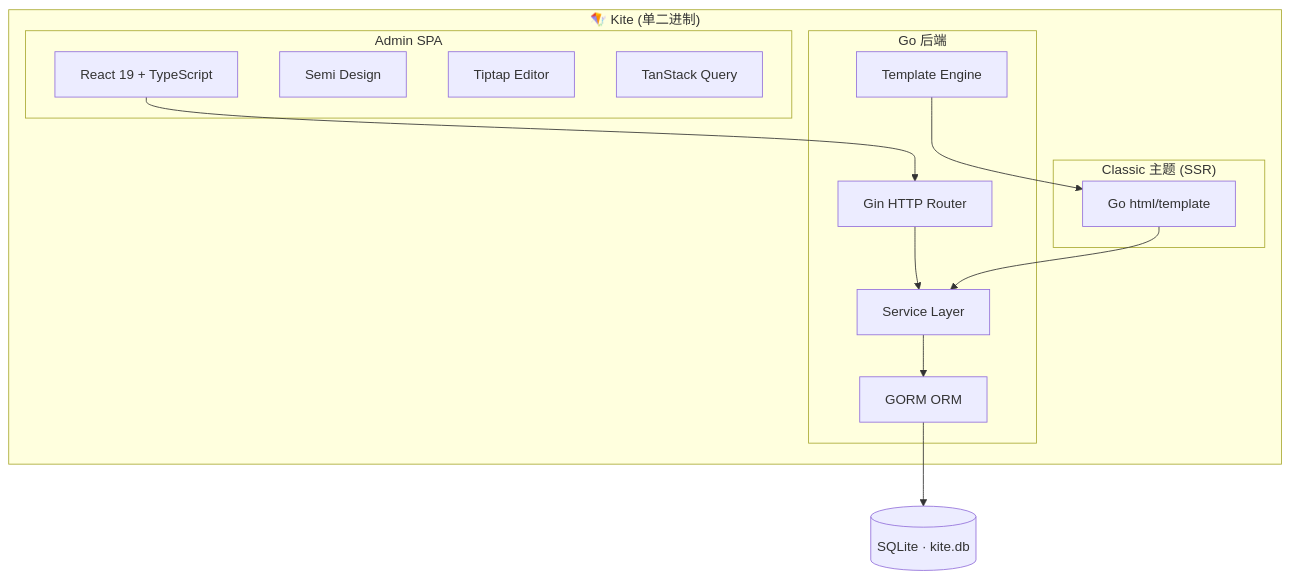
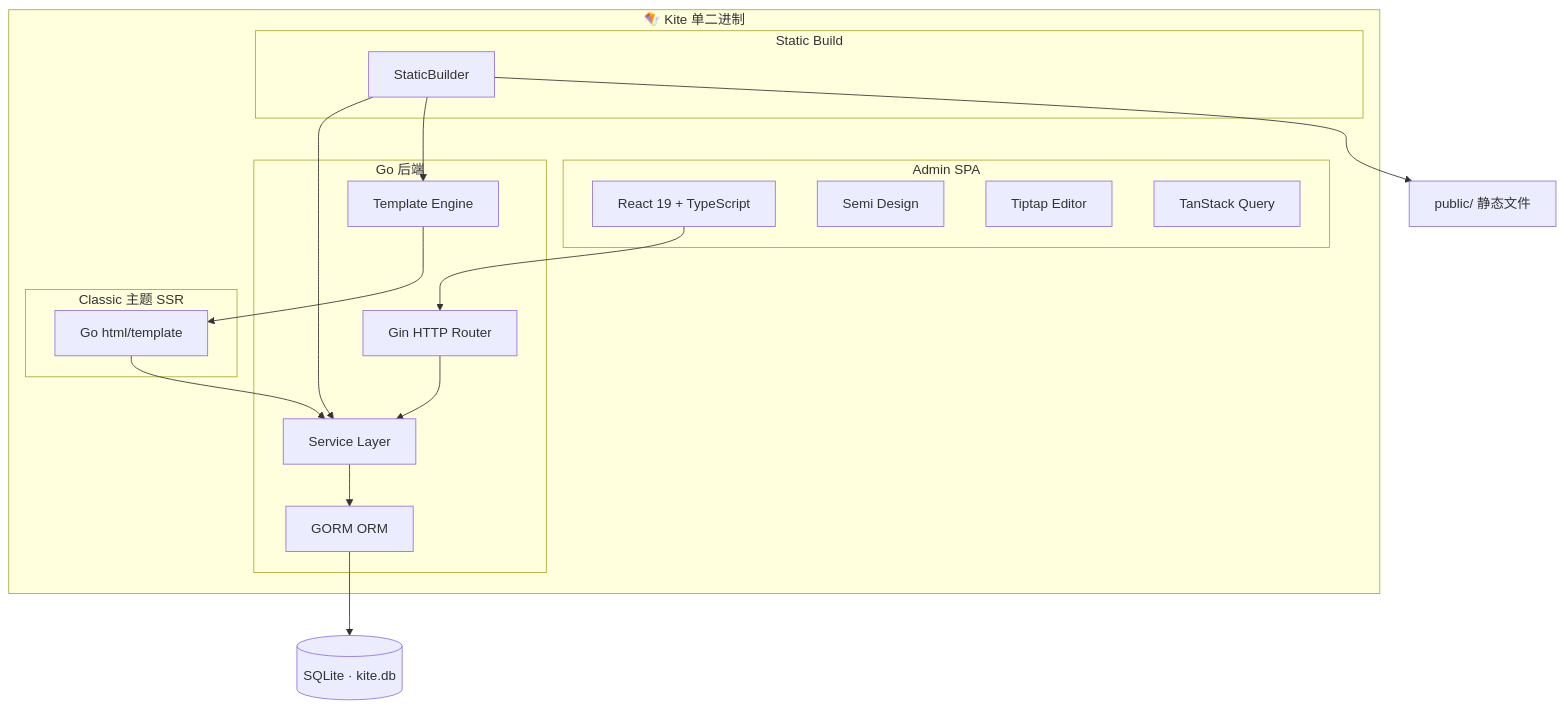
One commit to amigoer/kite.plus changed the diagram in guide/introduction.md. Above: the diagram before and after it, drawn with Mermaid. The commit also changed other lines of this file, not shown here.

Commit message:
docs(introduction): update architecture to reflect three runtime modes
Expand Kite introduction from dual-mode to three runtime modes: Headless (JSON API), Classic (SSR), and Static Build, reflecting the new kite build capability.

- Updated design philosophy and feature table to describe three modes instead of two.
- Added a mode comparison table covering command, use case, frontend approach, and deployment method.
- Extended the Mermaid architecture diagram with StaticBuilder and static output nodes.

````diff
--- a/guide/introduction.md
+++ b/guide/introduction.md
@@ -30,31 +38,39 @@
 ```mermaid
 graph TB
-    subgraph Binary["🪁 Kite (单二进制)"]
+    subgraph Binary["🪁 Kite 单二进制"]
         subgraph Frontend["Admin SPA"]
             React["React 19 + TypeScript"]
             Semi["Semi Design"]
             Tiptap["Tiptap Editor"]
             TanStack["TanStack Query"]
         end
 
         subgraph Backend["Go 后端"]
             Gin["Gin HTTP Router"]
             Service["Service Layer"]
             GORM["GORM ORM"]
             Template["Template Engine"]
         end
 
-        subgraph Theme["Classic 主题 (SSR)"]
+        subgraph SSR["Classic 主题 SSR"]
             GoTmpl["Go html/template"]
+        end
+
+        subgraph Build["Static Build"]
+            Builder["StaticBuilder"]
         end
     end
 
     SQLite[("SQLite · kite.db")]
+    Output["public/ 静态文件"]
 
     React --> Gin
     Gin --> Service
     Service --> GORM
     GORM --> SQLite
     GoTmpl --> Service
     Template --> GoTmpl
+    Builder --> Service
+    Builder --> Template
+    Builder --> Output
 ```
````
